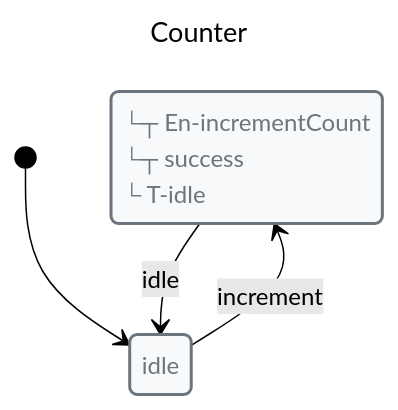
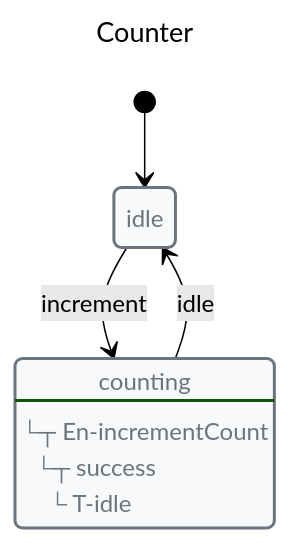
The diagram in docs/guides/saving-and-restoring.md (Masquerade-Circus/x-robot), drawn with Mermaid (forest theme) before and after one commit. The commit also changed other lines of this file and 123 other files, not shown here.

Commit message:
refactor: improve mermaid code

````diff
--- a/docs/guides/saving-and-restoring.md
+++ b/docs/guides/saving-and-restoring.md
@@ -38,25 +38,26 @@
 ```mermaid
 ---
 title: Counter
 ---
 
 stateDiagram-v2
+direction TB
 
 classDef danger fill:#f8d7da,stroke:#721c24,stroke-width:2px,text-align:left,color:#721c24
 classDef warning fill:#fff3cd,stroke:#856404,stroke-width:2px,text-align:left,color:#856404
 classDef success fill:#d4edda,stroke:#155724,stroke-width:2px,text-align:left,color:#155724
 classDef primary fill:#cce5ff,stroke:#004085,stroke-width:2px,text-align:left,color:#004085
 classDef info fill:#d1ecf1,stroke:#0c5460,stroke-width:2px,text-align:left,color:#0c5460
 classDef def fill:#f8f9fa,stroke:#6c757d,stroke-width:2px,text-align:left,color:#6c757d
 
-state idle
-state counting
+state "idle" as idle
+state "counting" as counting
 class idle def
 class counting def
 
-counting: └┬ En-incrementCount<br> └┬ success<br>  └ T-idle
+counting: └┬ En-incrementCount<br> └┬ success<br>  └ T-idle
 
 [*] --> idle
 idle --> counting: increment
 counting --> idle: idle
 ```
````
